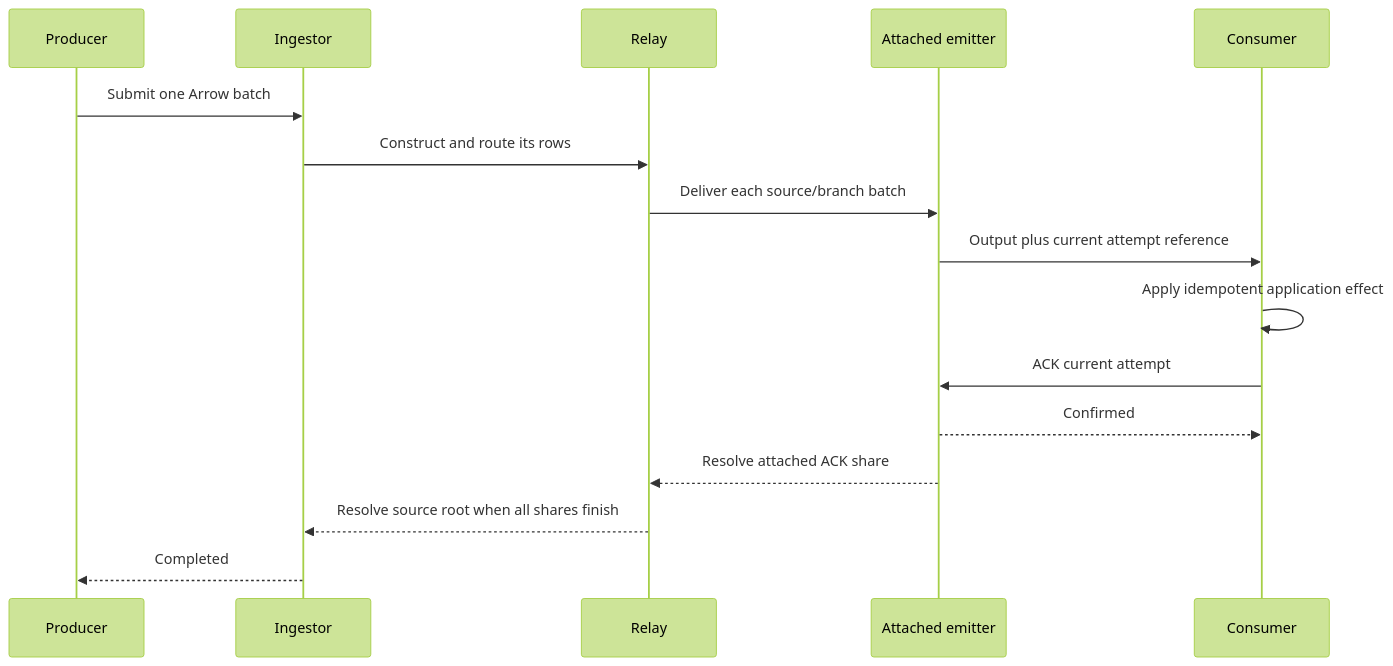
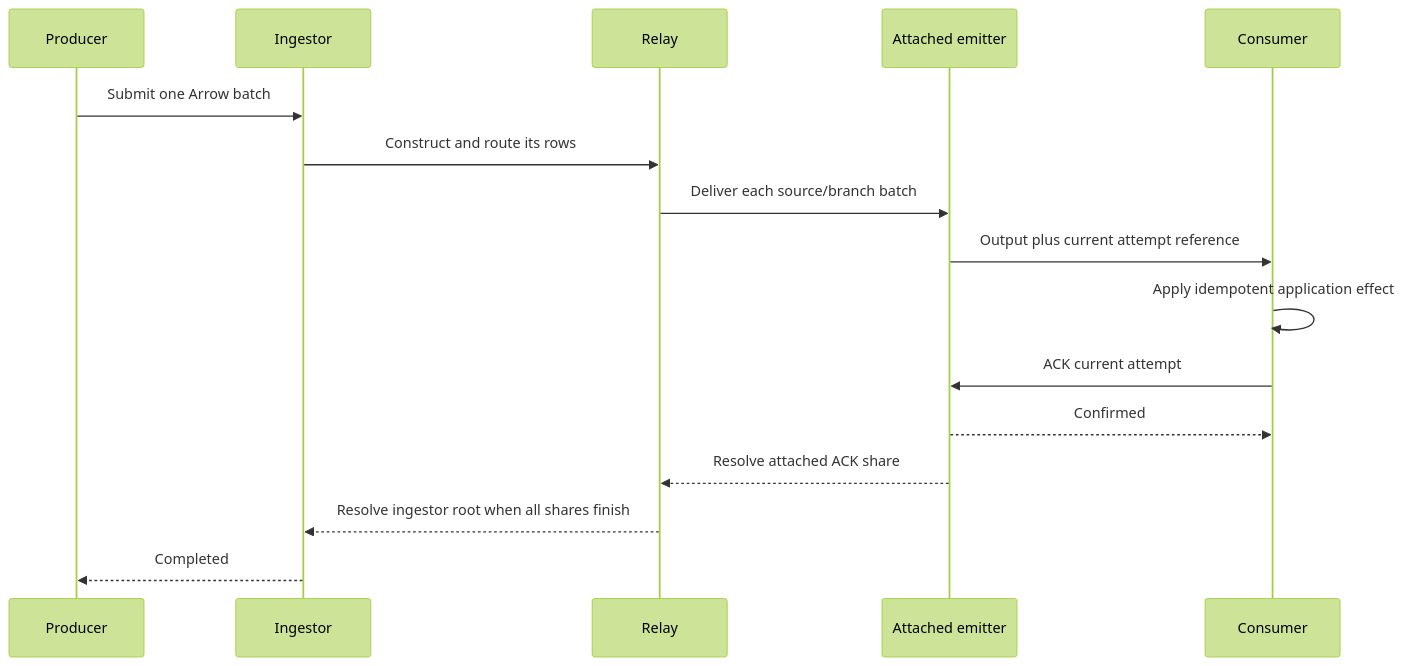
One commit to nervix-io/nervix changed the second of 2 diagrams in docs/src/client-io-architecture.md. Above: the diagram before and after it, drawn with Mermaid (forest theme). The commit also changed other lines of this file and 49 other files, not shown here.

````diff
--- a/docs/src/client-io-architecture.md
+++ b/docs/src/client-io-architecture.md
@@ -195,18 +195,18 @@
 ```mermaid
 sequenceDiagram
     participant P as Producer
     participant I as Ingestor
     participant R as Relay
     participant E as Attached emitter
     participant C as Consumer
     P->>I: Submit one Arrow batch
     I->>R: Construct and route its rows
     R->>E: Deliver each source/branch batch
     E->>C: Output plus current attempt reference
     C->>C: Apply idempotent application effect
     C->>E: ACK current attempt
     E-->>C: Confirmed
     E-->>R: Resolve attached ACK share
-    R-->>I: Resolve source root when all shares finish
+    R-->>I: Resolve ingestor root when all shares finish
     I-->>P: Completed
 ```
````
